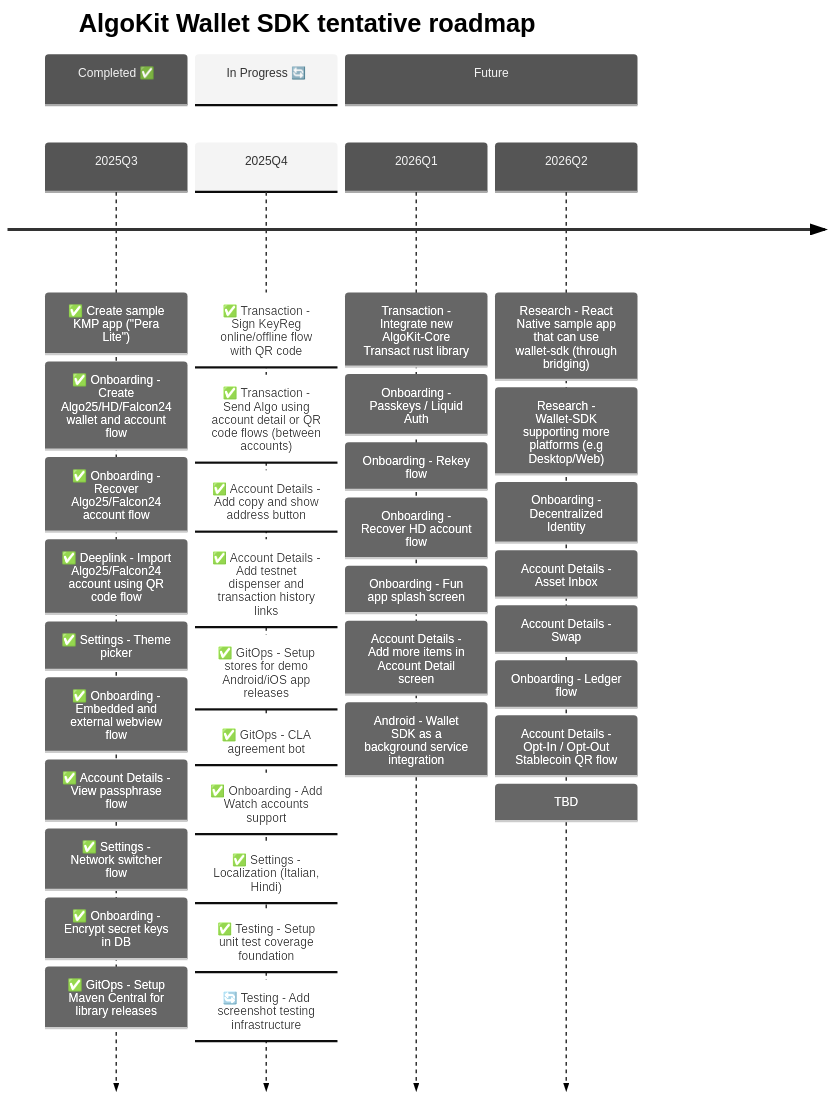
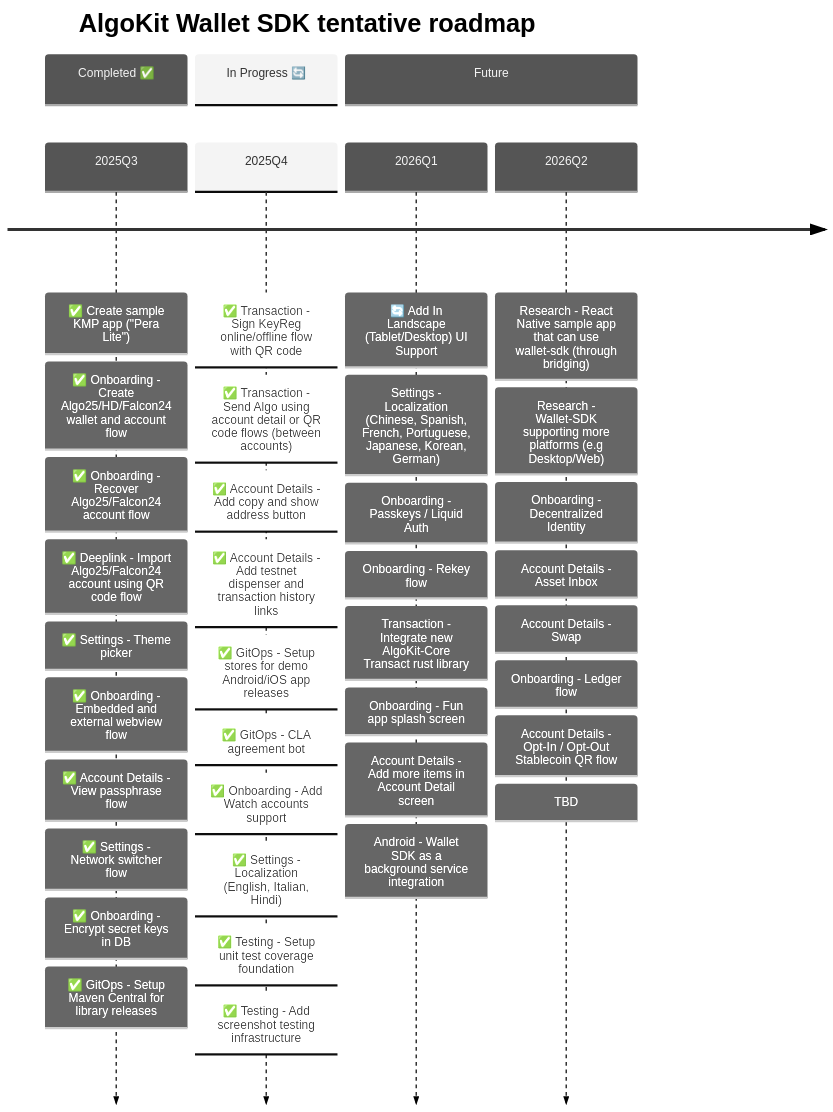
The second of 3 diagrams in README.md (michaeltchuangllc/algokit-walletsdk-kmp), drawn with Mermaid before and after one commit.

Commit message:
docs: update roadmap copy

````diff
--- a/README.md
+++ b/README.md
@@ -67,49 +67,50 @@
 ```mermaid
 ---
 config:
   theme: 'neutral'
 ---
 timeline
     title AlgoKit Wallet SDK tentative roadmap
 
     section Completed ✅
     2025Q3  : ✅ Create sample KMP app ("Pera Lite")
             : ✅ Onboarding - Create Algo25/HD/Falcon24 wallet and account flow
             : ✅ Onboarding - Recover Algo25/Falcon24 account flow
             : ✅ Deeplink - Import Algo25/Falcon24 account using QR code flow
             : ✅ Settings - Theme picker
             : ✅ Onboarding - Embedded and external webview flow
             : ✅ Account Details - View passphrase flow
             : ✅ Settings - Network switcher flow
             : ✅ Onboarding - Encrypt secret keys in DB
             : ✅ GitOps - Setup Maven Central for library releases
 
     section In Progress 🔄
     2025Q4  : ✅ Transaction - Sign KeyReg online/offline flow with QR code
             : ✅ Transaction - Send Algo using account detail or QR code flows (between accounts)
             : ✅ Account Details - Add copy and show address button
             : ✅ Account Details - Add testnet dispenser and transaction history links
             : ✅ GitOps - Setup stores for demo Android/iOS app releases
             : ✅ GitOps - CLA agreement bot
             : ✅ Onboarding - Add Watch accounts support
-            : ✅ Settings - Localization (Italian, Hindi)
+            : ✅ Settings - Localization (English, Italian, Hindi)
             : ✅ Testing - Setup unit test coverage foundation
-            : 🔄 Testing - Add screenshot testing infrastructure
+            : ✅ Testing - Add screenshot testing infrastructure
 
     section Future
-    2026Q1  : Transaction - Integrate new AlgoKit-Core Transact rust library
+    2026Q1  : 🔄 Add In Landscape (Tablet/Desktop) UI Support
+            : Settings - Localization (Chinese, Spanish, French, Portuguese, Japanese, Korean, German)
             : Onboarding - Passkeys / Liquid Auth
             : Onboarding - Rekey flow
-            : Onboarding - Recover HD account flow
+            : Transaction - Integrate new AlgoKit-Core Transact rust library
             : Onboarding - Fun app splash screen
             : Account Details - Add more items in Account Detail screen
             : Android - Wallet SDK as a background service integration
     2026Q2  : Research - React Native sample app that can use wallet-sdk (through bridging)
             : Research - Wallet-SDK supporting more platforms (e.g Desktop/Web)
             : Onboarding - Decentralized Identity
             : Account Details - Asset Inbox
             : Account Details - Swap
             : Onboarding - Ledger flow
             : Account Details - Opt-In / Opt-Out Stablecoin QR flow
             : TBD
 ```
````
